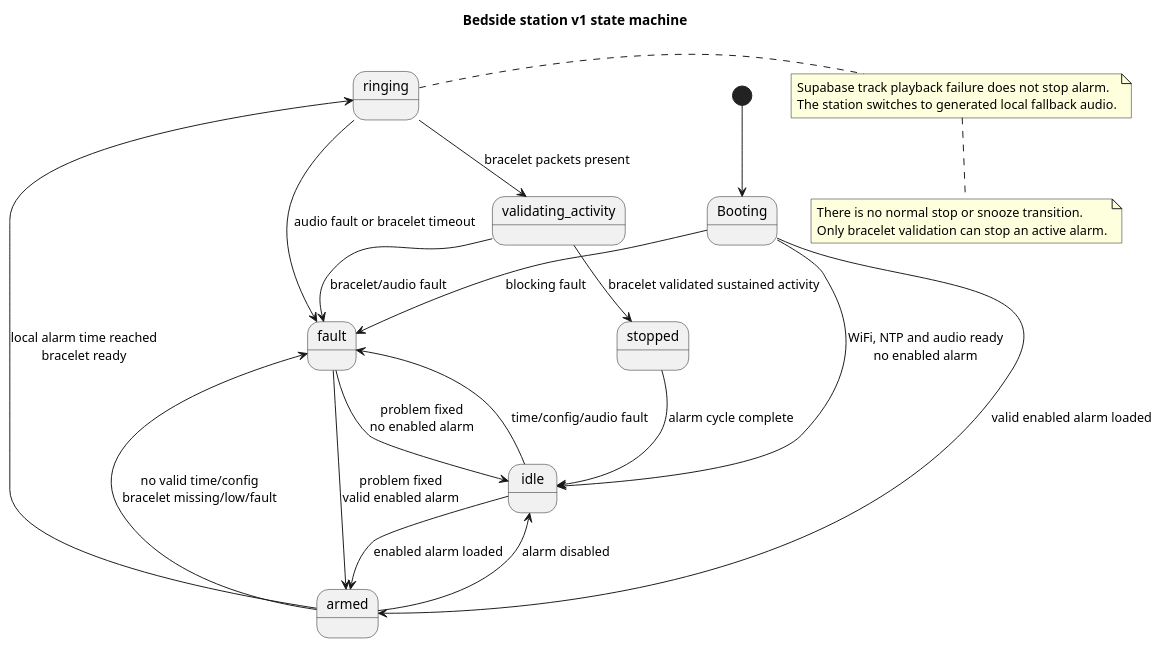
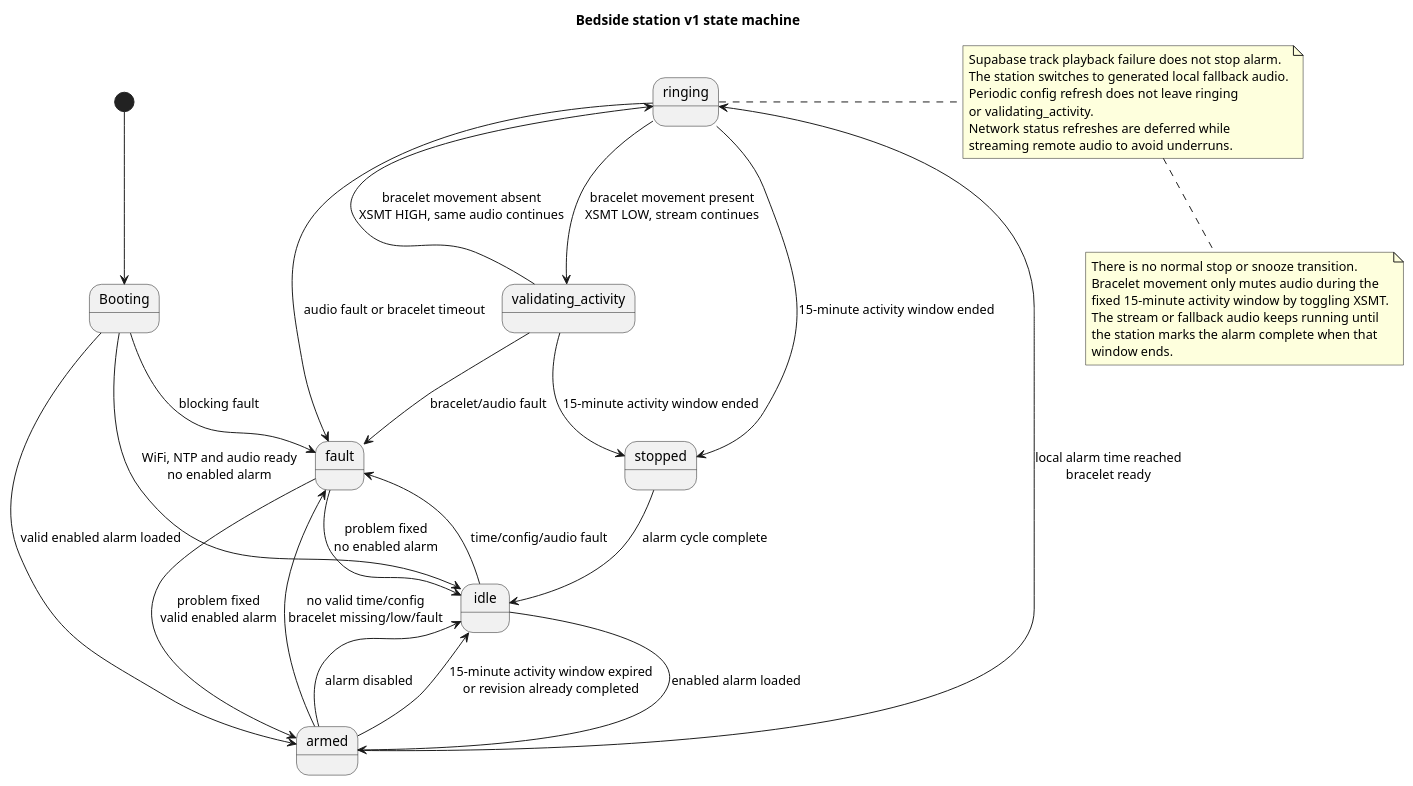
The diagram in code/boite hp/UML/station_state_machine.puml (Jzn-wbr/Starter), drawn with PlantUML before and after one commit. The commit also changed 16 other files, not shown here.

Commit message:
Update alarm status and activity window behavior

```diff
--- a/code/boite hp/UML/station_state_machine.puml
+++ b/code/boite hp/UML/station_state_machine.puml
@@ -1,37 +1,48 @@
 @startuml
 title Bedside station v1 state machine
 
 [*] --> Booting
 Booting --> idle : WiFi, NTP and audio ready\nno enabled alarm
 Booting --> armed : valid enabled alarm loaded
 Booting --> fault : blocking fault
 
 idle --> armed : enabled alarm loaded
 idle --> fault : time/config/audio fault
 
 armed --> idle : alarm disabled
 armed --> ringing : local alarm time reached\nbracelet ready
+armed --> idle : 15-minute activity window expired\nor revision already completed
 armed --> fault : no valid time/config\nbracelet missing/low/fault
 
-ringing --> validating_activity : bracelet packets present
+ringing --> validating_activity : bracelet movement present\nXSMT LOW, stream continues
+ringing --> stopped : 15-minute activity window ended
 ringing --> fault : audio fault or bracelet timeout
 
-validating_activity --> stopped : bracelet validated sustained activity
+validating_activity --> ringing : bracelet movement absent\nXSMT HIGH, same audio continues
+validating_activity --> stopped : 15-minute activity window ended
 validating_activity --> fault : bracelet/audio fault
 
 stopped --> idle : alarm cycle complete
 
 fault --> idle : problem fixed\nno enabled alarm
 fault --> armed : problem fixed\nvalid enabled alarm
 
 note right of ringing
 Supabase track playback failure does not stop alarm.
 The station switches to generated local fallback audio.
+Periodic config refresh does not leave ringing
+or validating_activity.
+Network status refreshes are deferred while
+streaming remote audio to avoid underruns.
 end note
 
 note bottom
 There is no normal stop or snooze transition.
-Only bracelet validation can stop an active alarm.
+Bracelet movement only mutes audio during the
+fixed 15-minute activity window by toggling XSMT.
+The stream or fallback audio keeps running until
+the station marks the alarm complete when that
+window ends.
 end note
 
 @enduml
```
